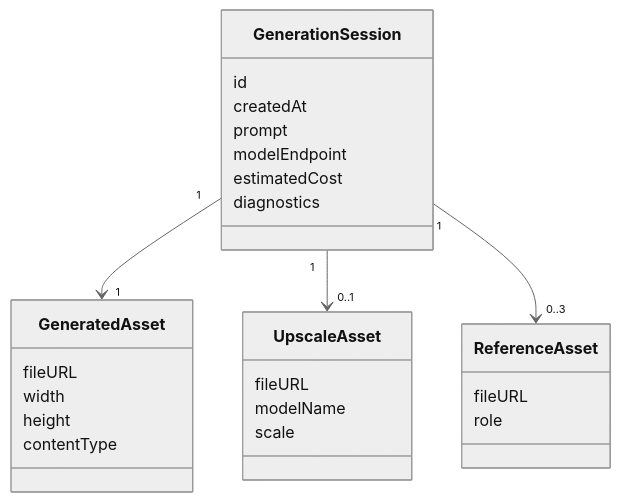
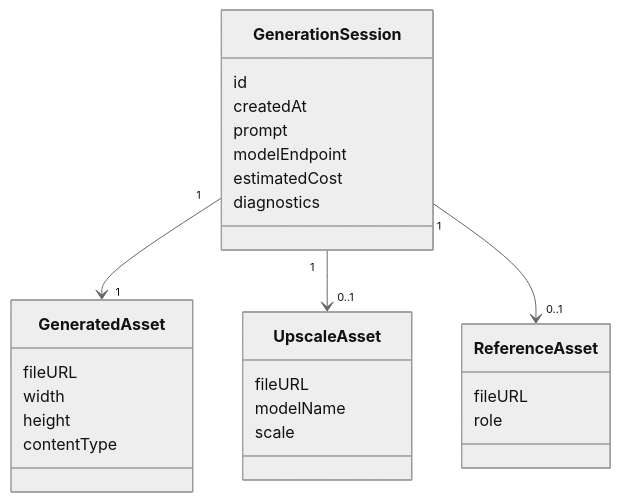
The third of 4 diagrams in docs/ARCHITECTURE.md (tadg-paul/superscale), drawn with Mermaid (neutral theme) before and after one commit. The commit also changed other lines of this file and 5 other files, not shown here.

````diff
--- a/docs/ARCHITECTURE.md
+++ b/docs/ARCHITECTURE.md
@@ -273,33 +261,33 @@
 ```mermaid
 classDiagram
     class GenerationSession {
         id
         createdAt
         prompt
         modelEndpoint
         estimatedCost
         diagnostics
     }
 
     class GeneratedAsset {
         fileURL
         width
         height
         contentType
     }
 
     class UpscaleAsset {
         fileURL
         modelName
         scale
     }
 
     class ReferenceAsset {
         fileURL
         role
     }
 
     GenerationSession "1" --> "1" GeneratedAsset
     GenerationSession "1" --> "0..1" UpscaleAsset
-    GenerationSession "1" --> "0..3" ReferenceAsset
+    GenerationSession "1" --> "0..1" ReferenceAsset
 ```
````
